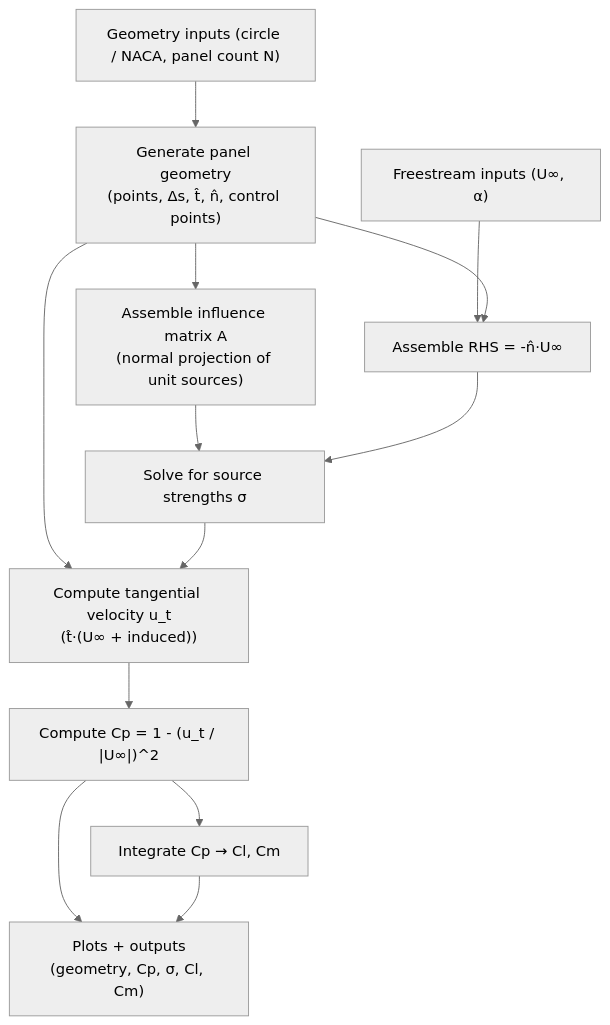
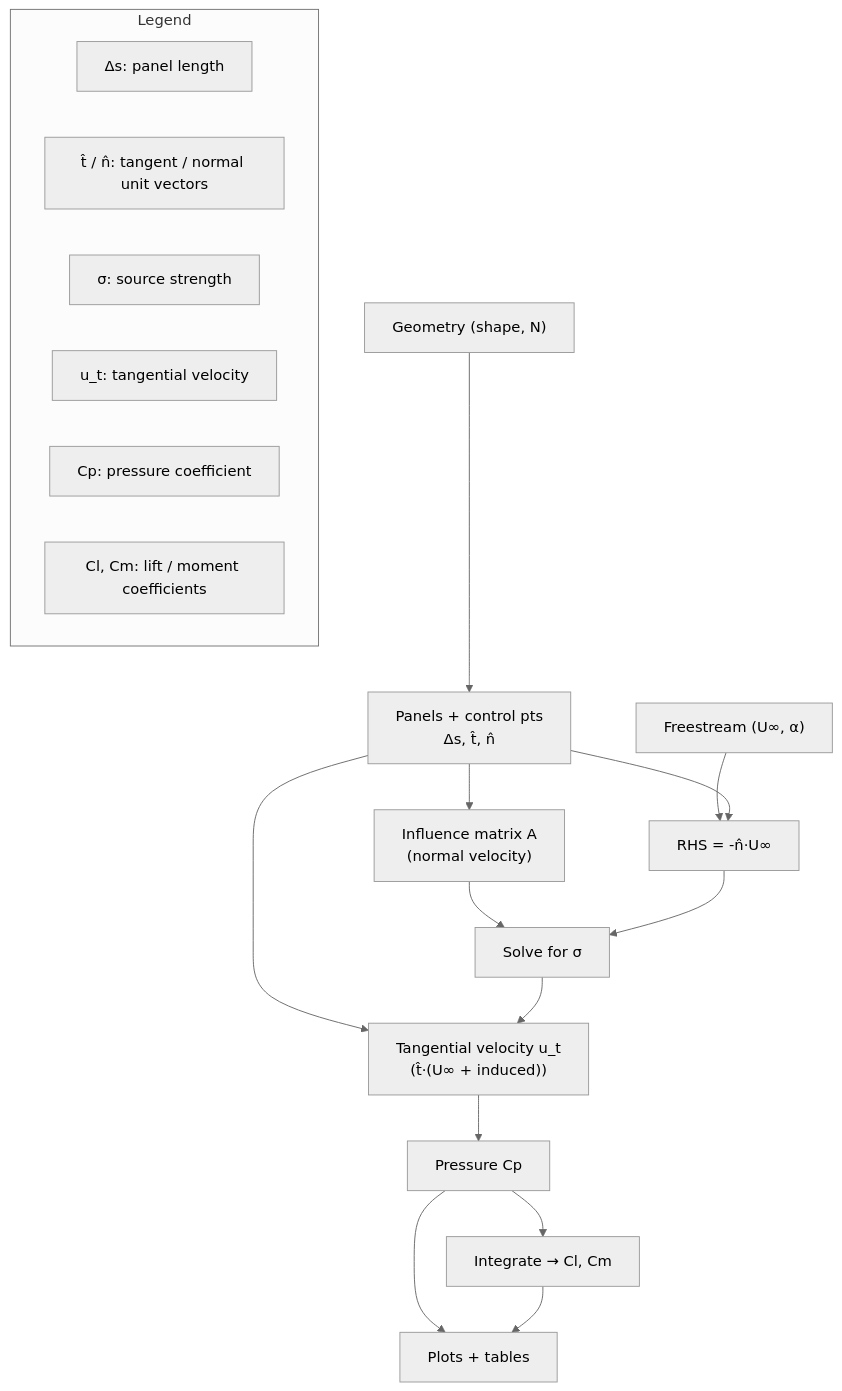
The diagram in README.md (andytorrestb/AeroPanel), drawn with Mermaid (neutral theme) before and after one commit.

Commit message:
Tidy data-flow diagram with legend

````diff
--- a/README.md
+++ b/README.md
@@ -98,26 +98,35 @@
 ```mermaid
 flowchart TD
-  U["Freestream inputs (U∞, α)"]
-  G["Geometry inputs (circle / NACA, panel count N)"]
-  Geo["Generate panel geometry\n(points, Δs, t̂, n̂, control points)"]
-  A["Assemble influence matrix A\n(normal projection of unit sources)"]
-  RHS["Assemble RHS = -n̂·U∞"]
-  Solve["Solve for source strengths σ"]
-  Ut["Compute tangential velocity u_t\n(t̂·(U∞ + induced))"]
-  Cp["Compute Cp = 1 - (u_t / |U∞|)^2"]
-  Forces["Integrate Cp → Cl, Cm"]
-  Output["Plots + outputs\n(geometry, Cp, σ, Cl, Cm)"]
+  U["Freestream (U∞, α)"]
+  G["Geometry (shape, N)"]
+  Geo["Panels + control pts\nΔs, t̂, n̂"]
+  A["Influence matrix A\n(normal velocity)"]
+  RHS["RHS = -n̂·U∞"]
+  Solve["Solve for σ"]
+  Ut["Tangential velocity u_t\n(t̂·(U∞ + induced))"]
+  Cp["Pressure Cp"]
+  Forces["Integrate → Cl, Cm"]
+  Output["Plots + tables"]
 
   U --> RHS
   G --> Geo
   Geo --> A
   Geo --> RHS
   Geo --> Ut
   A --> Solve
   RHS --> Solve
   Solve --> Ut
   Ut --> Cp
   Cp --> Forces
   Cp --> Output
   Forces --> Output
+
+  subgraph Legend
+    L1["Δs: panel length"]
+    L2["t̂ / n̂: tangent / normal unit vectors"]
+    L3["σ: source strength"]
+    L4["u_t: tangential velocity"]
+    L5["Cp: pressure coefficient"]
+    L6["Cl, Cm: lift / moment coefficients"]
+  end
 ```
````
